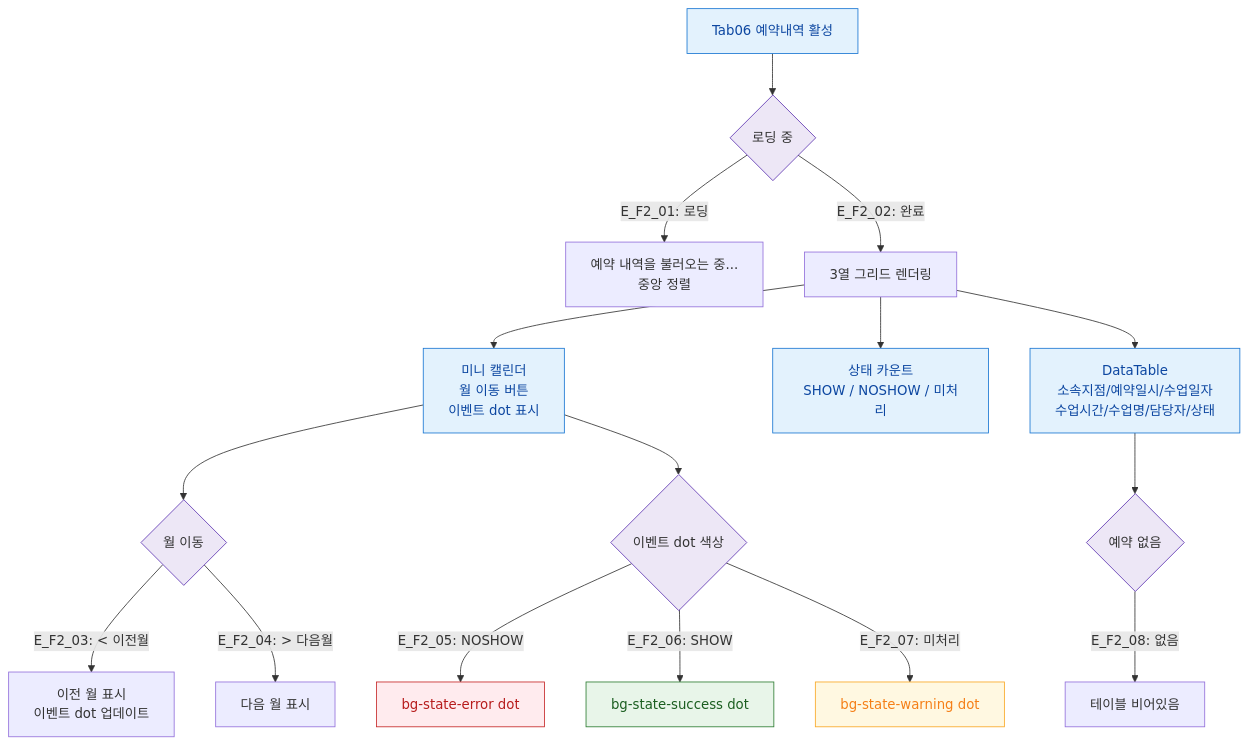
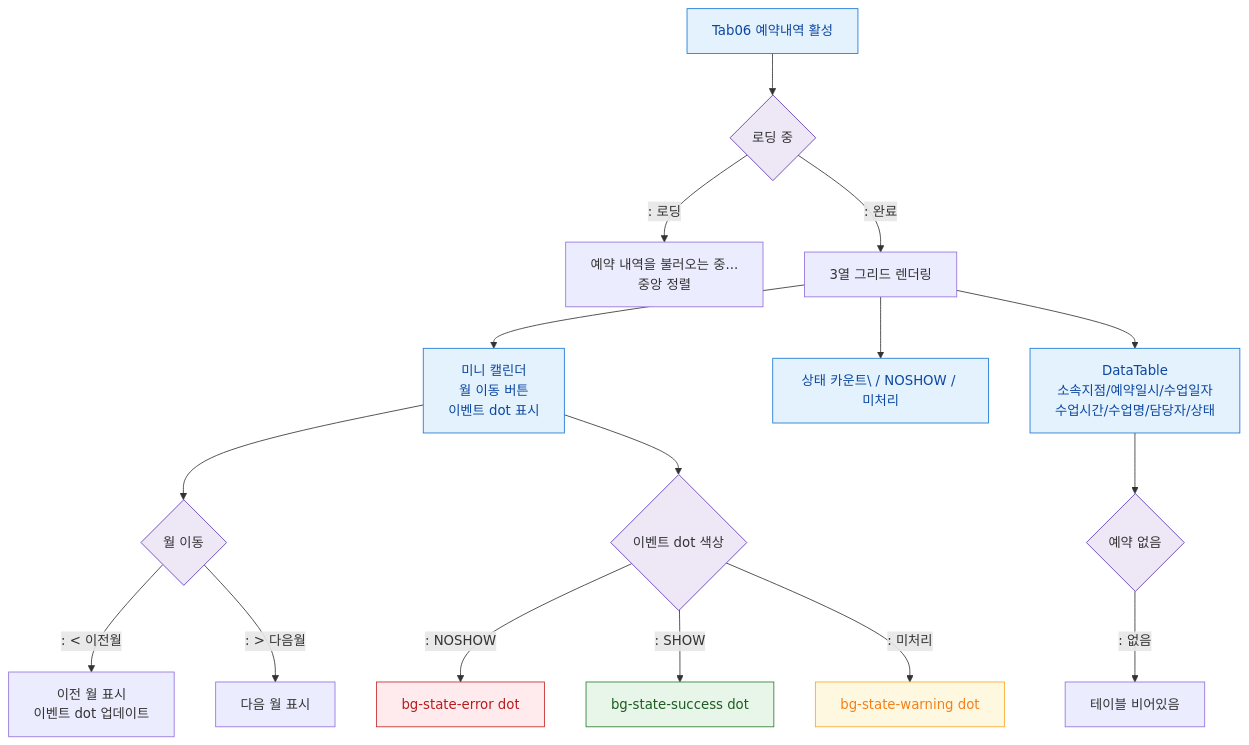
Before and after one commit to dev-spogym/admin-pando: the diagram in docs/다이어그램/D02_회원관리/SCR-M004_회원상세/Tab06_예약내역/F2_메인.md, drawn with Mermaid. The commit also changed other lines of this file and 1660 other files, not shown here.

First line of the commit message:
다이어그램: 기획자/클라이언트 납품본으로 정리

````diff
--- a/docs/다이어그램/D02_회원관리/SCR-M004_회원상세/Tab06_예약내역/F2_메인.md
+++ b/docs/다이어그램/D02_회원관리/SCR-M004_회원상세/Tab06_예약내역/F2_메인.md
@@ -22,33 +20,33 @@
 ```mermaid
 flowchart TD
   TAB[Tab06 예약내역 활성] --> LOADING{로딩 중}
-  LOADING -->|"E_F2_01: 로딩"| SPINNER[예약 내역을 불러오는 중...\n중앙 정렬]
-  LOADING -->|"E_F2_02: 완료"| LAYOUT[3열 그리드 렌더링]
+  LOADING -->|": 로딩"|SPINNER[예약 내역을 불러오는 중...\n중앙 정렬]
+  LOADING -->|": 완료"|LAYOUT[3열 그리드 렌더링]
 
   LAYOUT --> CAL[미니 캘린더\n월 이동 버튼\n이벤트 dot 표시]
-  LAYOUT --> CNT[상태 카운트\nSHOW / NOSHOW / 미처리]
+  LAYOUT --> CNT[상태 카운트\ / NOSHOW / 미처리]
   LAYOUT --> TABLE[DataTable\n소속지점/예약일시/수업일자\n수업시간/수업명/담당자/상태]
 
   CAL --> NAV{월 이동}
-  NAV -->|"E_F2_03: < 이전월"| PREV_MON[이전 월 표시\n이벤트 dot 업데이트]
-  NAV -->|"E_F2_04: > 다음월"| NEXT_MON[다음 월 표시]
+  NAV -->|": < 이전월"|PREV_MON[이전 월 표시\n이벤트 dot 업데이트]
+  NAV -->|": > 다음월"|NEXT_MON[다음 월 표시]
 
   CAL --> DOT{이벤트 dot 색상}
-  DOT -->|"E_F2_05: NOSHOW"| DOT_RED[bg-state-error dot]
-  DOT -->|"E_F2_06: SHOW"| DOT_GREEN[bg-state-success dot]
-  DOT -->|"E_F2_07: 미처리"| DOT_YELLOW[bg-state-warning dot]
+  DOT -->|": NOSHOW"|DOT_RED[bg-state-error dot]
+  DOT -->|": SHOW"|DOT_GREEN[bg-state-success dot]
+  DOT -->|": 미처리"|DOT_YELLOW[bg-state-warning dot]
 
   TABLE --> EMPTY{예약 없음}
-  EMPTY -->|"E_F2_08: 없음"| EMPTY_MSG[테이블 비어있음]
+  EMPTY -->|": 없음"|EMPTY_MSG[테이블 비어있음]
 
   classDef screen fill:#E3F2FD,stroke:#1976D2,color:#0D47A1
   classDef system fill:#EDE7F6,stroke:#5E35B2
   classDef success fill:#E8F5E9,stroke:#2E7D32,color:#1B5E20
   classDef error fill:#FFEBEE,stroke:#C62828,color:#B71C1C
   classDef warning fill:#FFF8E1,stroke:#F9A825,color:#F57F17
   class TAB,CAL,CNT,TABLE screen
   class LOADING,NAV,DOT,EMPTY system
   class DOT_GREEN success
   class DOT_RED error
   class DOT_YELLOW warning
 ```
````
